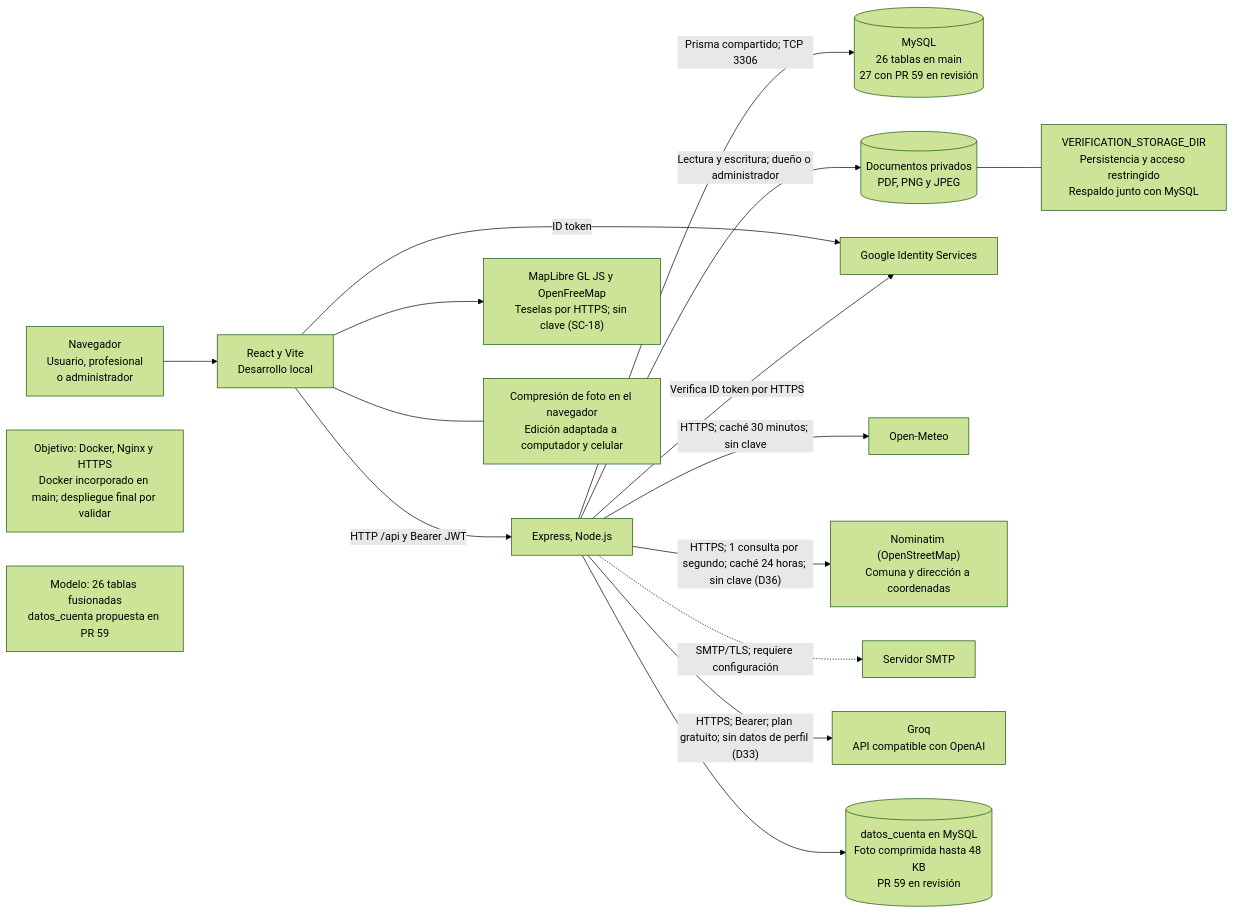
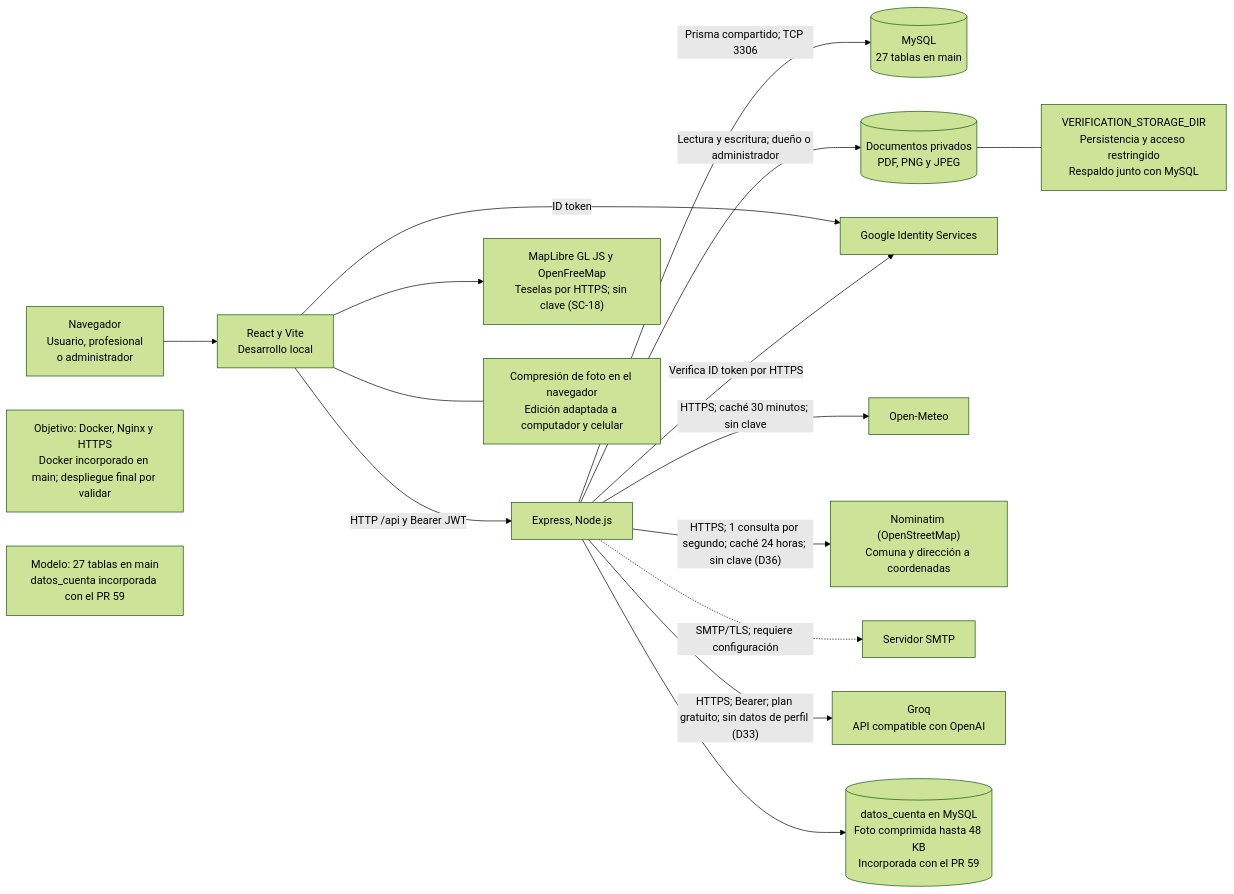
Before and after one commit to ncxlas/FitSearch: the diagram in FASE 2/Evidencias Proyecto/Evidencias de documentación/Diagramas (Miro)/Actualización Sprint 3/08_Vista_Fisica.mmd, drawn with Mermaid (forest theme). The commit also changed 29 other files, not shown here.

First line of the commit message:
Actualiza los rótulos del PR 59 en los diagramas y en el DAS

```diff
--- a/FASE 2/Evidencias Proyecto/Evidencias de documentación/Diagramas (Miro)/Actualización Sprint 3/08_Vista_Fisica.mmd
+++ b/FASE 2/Evidencias Proyecto/Evidencias de documentación/Diagramas (Miro)/Actualización Sprint 3/08_Vista_Fisica.mmd
@@ -1,17 +1,17 @@
 flowchart LR
   U["Navegador<br/>Usuario, profesional<br/>o administrador"] --> F["React y Vite<br/>Desarrollo local"]
   F -->|"HTTP /api y Bearer JWT"| B["Express, Node.js"]
-  B -->|"Prisma compartido; TCP 3306"| D[("MySQL<br/>26 tablas en main<br/>27 con PR 59 en revisión")]
+  B -->|"Prisma compartido; TCP 3306"| D[("MySQL<br/>27 tablas en main")]
   B -->|"Lectura y escritura; dueño o administrador"| A[("Documentos privados<br/>PDF, PNG y JPEG")]
   A --- P["VERIFICATION_STORAGE_DIR<br/>Persistencia y acceso restringido<br/>Respaldo junto con MySQL"]
   F -->|"ID token"| I["Google Identity Services"]
   B -->|"Verifica ID token por HTTPS"| I
   B -->|"HTTPS; caché 30 minutos; sin clave"| O["Open-Meteo"]
   B -->|"HTTPS; 1 consulta por segundo; caché 24 horas; sin clave (D36)"| NM["Nominatim (OpenStreetMap)<br/>Comuna y dirección a coordenadas"]
   B -.->|"SMTP/TLS; requiere configuración"| S["Servidor SMTP"]
   F --> G["MapLibre GL JS y OpenFreeMap<br/>Teselas por HTTPS; sin clave (SC-18)"]
   B -->|"HTTPS; Bearer; plan gratuito; sin datos de perfil (D33)"| C["Groq<br/>API compatible con OpenAI"]
   N["Objetivo: Docker, Nginx y HTTPS<br/>Docker incorporado en main; despliegue final por validar"]
-  M["Modelo: 26 tablas fusionadas<br/>datos_cuenta propuesta en PR 59"]
-  B --> AC[("datos_cuenta en MySQL<br/>Foto comprimida hasta 48 KB<br/>PR 59 en revisión")]
+  M["Modelo: 27 tablas en main<br/>datos_cuenta incorporada con el PR 59"]
+  B --> AC[("datos_cuenta en MySQL<br/>Foto comprimida hasta 48 KB<br/>Incorporada con el PR 59")]
   F --- RF["Compresión de foto en el navegador<br/>Edición adaptada a computador y celular"]
```
